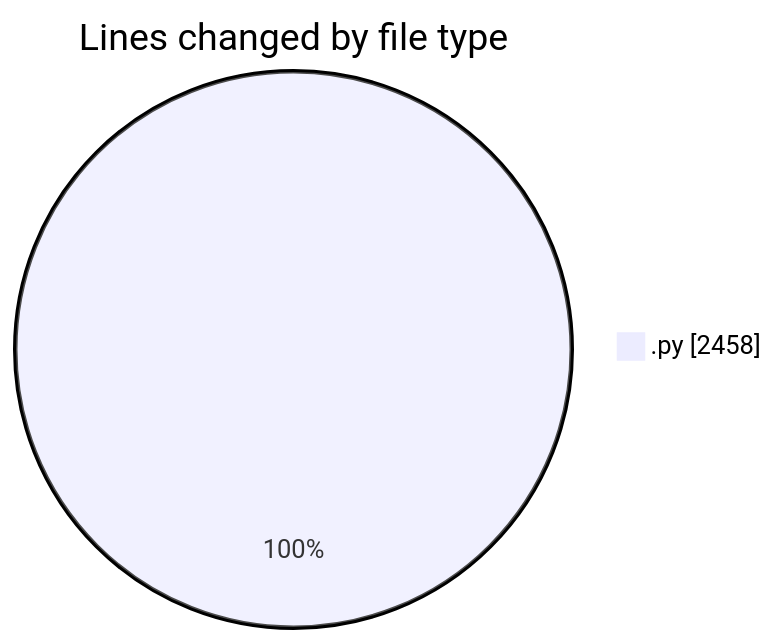
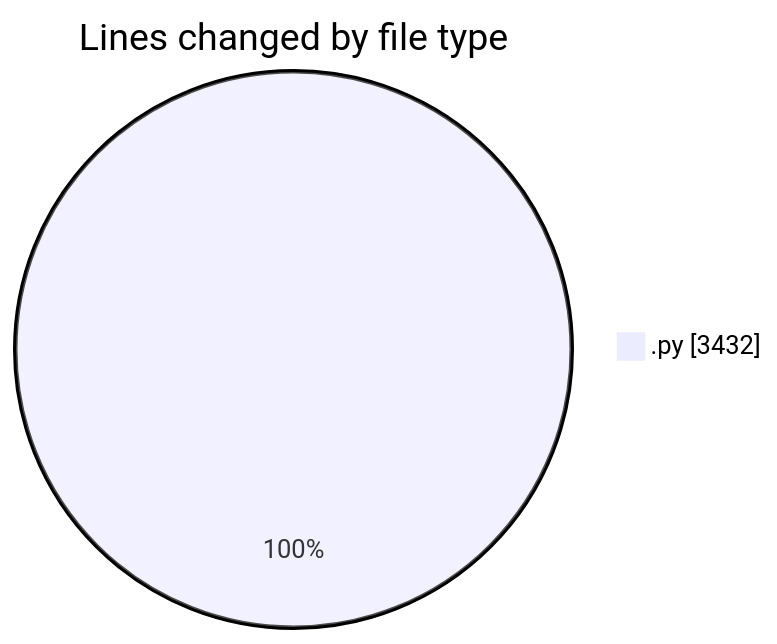
Before and after one commit to jrari/code-tracking: the first of 2 diagrams in 2025-07-14/telebot/README.md, drawn with Mermaid. The commit also changed other lines of this file and 1 other file, not shown here.

````diff
--- a/2025-07-14/telebot/README.md
+++ b/2025-07-14/telebot/README.md
@@ -23,5 +24,5 @@
 ```mermaid
 pie showData
 title Lines changed by file type
-".py" : 2458
+".py" : 3432
 ```
````
